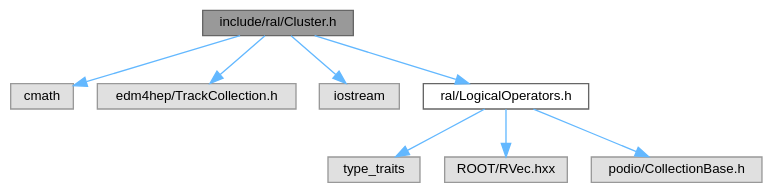
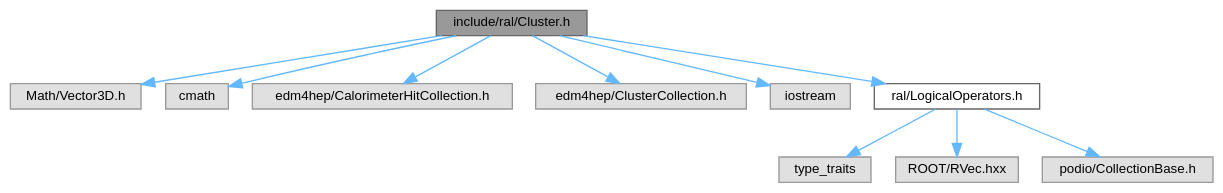
The diagram in docs/Cluster_8h__incl.dot (Juanki0396/ral), drawn with Graphviz before and after one commit. The commit also changed 58 other files, not shown here.

```diff
--- a/docs/Cluster_8h__incl.dot
+++ b/docs/Cluster_8h__incl.dot
@@ -1,22 +1,26 @@
 digraph "include/ral/Cluster.h"
 {
  // LATEX_PDF_SIZE
   bgcolor="transparent";
   edge [fontname=Helvetica,fontsize=10,labelfontname=Helvetica,labelfontsize=10];
   node [fontname=Helvetica,fontsize=10,shape=box,height=0.2,width=0.4];
   Node1 [id="Node000001",label="include/ral/Cluster.h",height=0.2,width=0.4,color="gray40", fillcolor="grey60", style="filled", fontcolor="black",tooltip=" "];
   Node1 -> Node2 [id="edge1_Node000001_Node000002",color="steelblue1",style="solid",tooltip=" "];
-  Node2 [id="Node000002",label="cmath",height=0.2,width=0.4,color="grey60", fillcolor="#E0E0E0", style="filled",tooltip=" "];
+  Node2 [id="Node000002",label="Math/Vector3D.h",height=0.2,width=0.4,color="grey60", fillcolor="#E0E0E0", style="filled",tooltip=" "];
   Node1 -> Node3 [id="edge2_Node000001_Node000003",color="steelblue1",style="solid",tooltip=" "];
-  Node3 [id="Node000003",label="edm4hep/TrackCollection.h",height=0.2,width=0.4,color="grey60", fillcolor="#E0E0E0", style="filled",tooltip=" "];
+  Node3 [id="Node000003",label="cmath",height=0.2,width=0.4,color="grey60", fillcolor="#E0E0E0", style="filled",tooltip=" "];
   Node1 -> Node4 [id="edge3_Node000001_Node000004",color="steelblue1",style="solid",tooltip=" "];
-  Node4 [id="Node000004",label="iostream",height=0.2,width=0.4,color="grey60", fillcolor="#E0E0E0", style="filled",tooltip=" "];
+  Node4 [id="Node000004",label="edm4hep/CalorimeterHitCollection.h",height=0.2,width=0.4,color="grey60", fillcolor="#E0E0E0", style="filled",tooltip=" "];
   Node1 -> Node5 [id="edge4_Node000001_Node000005",color="steelblue1",style="solid",tooltip=" "];
-  Node5 [id="Node000005",label="ral/LogicalOperators.h",height=0.2,width=0.4,color="grey40", fillcolor="white", style="filled",URL="$LogicalOperators_8h.html",tooltip=" "];
-  Node5 -> Node6 [id="edge5_Node000005_Node000006",color="steelblue1",style="solid",tooltip=" "];
-  Node6 [id="Node000006",label="type_traits",height=0.2,width=0.4,color="grey60", fillcolor="#E0E0E0", style="filled",tooltip=" "];
-  Node5 -> Node7 [id="edge6_Node000005_Node000007",color="steelblue1",style="solid",tooltip=" "];
-  Node7 [id="Node000007",label="ROOT/RVec.hxx",height=0.2,width=0.4,color="grey60", fillcolor="#E0E0E0", style="filled",tooltip=" "];
-  Node5 -> Node8 [id="edge7_Node000005_Node000008",color="steelblue1",style="solid",tooltip=" "];
-  Node8 [id="Node000008",label="podio/CollectionBase.h",height=0.2,width=0.4,color="grey60", fillcolor="#E0E0E0", style="filled",tooltip=" "];
+  Node5 [id="Node000005",label="edm4hep/ClusterCollection.h",height=0.2,width=0.4,color="grey60", fillcolor="#E0E0E0", style="filled",tooltip=" "];
+  Node1 -> Node6 [id="edge5_Node000001_Node000006",color="steelblue1",style="solid",tooltip=" "];
+  Node6 [id="Node000006",label="iostream",height=0.2,width=0.4,color="grey60", fillcolor="#E0E0E0", style="filled",tooltip=" "];
+  Node1 -> Node7 [id="edge6_Node000001_Node000007",color="steelblue1",style="solid",tooltip=" "];
+  Node7 [id="Node000007",label="ral/LogicalOperators.h",height=0.2,width=0.4,color="grey40", fillcolor="white", style="filled",URL="$LogicalOperators_8h.html",tooltip=" "];
+  Node7 -> Node8 [id="edge7_Node000007_Node000008",color="steelblue1",style="solid",tooltip=" "];
+  Node8 [id="Node000008",label="type_traits",height=0.2,width=0.4,color="grey60", fillcolor="#E0E0E0", style="filled",tooltip=" "];
+  Node7 -> Node9 [id="edge8_Node000007_Node000009",color="steelblue1",style="solid",tooltip=" "];
+  Node9 [id="Node000009",label="ROOT/RVec.hxx",height=0.2,width=0.4,color="grey60", fillcolor="#E0E0E0", style="filled",tooltip=" "];
+  Node7 -> Node10 [id="edge9_Node000007_Node000010",color="steelblue1",style="solid",tooltip=" "];
+  Node10 [id="Node000010",label="podio/CollectionBase.h",height=0.2,width=0.4,color="grey60", fillcolor="#E0E0E0", style="filled",tooltip=" "];
 }
```
